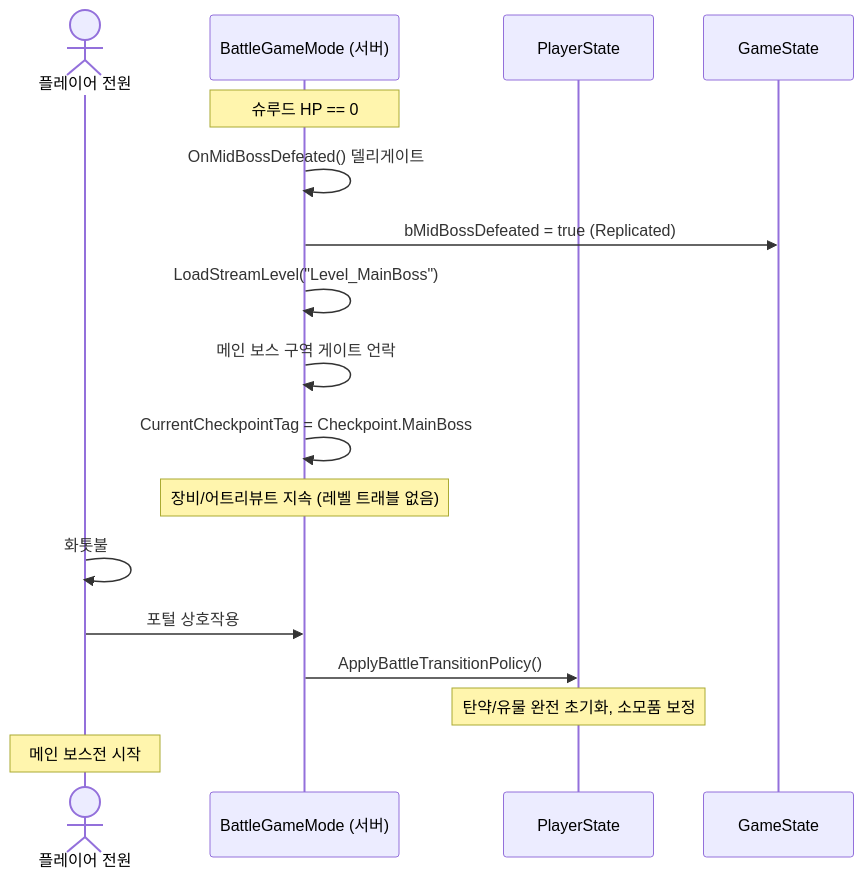
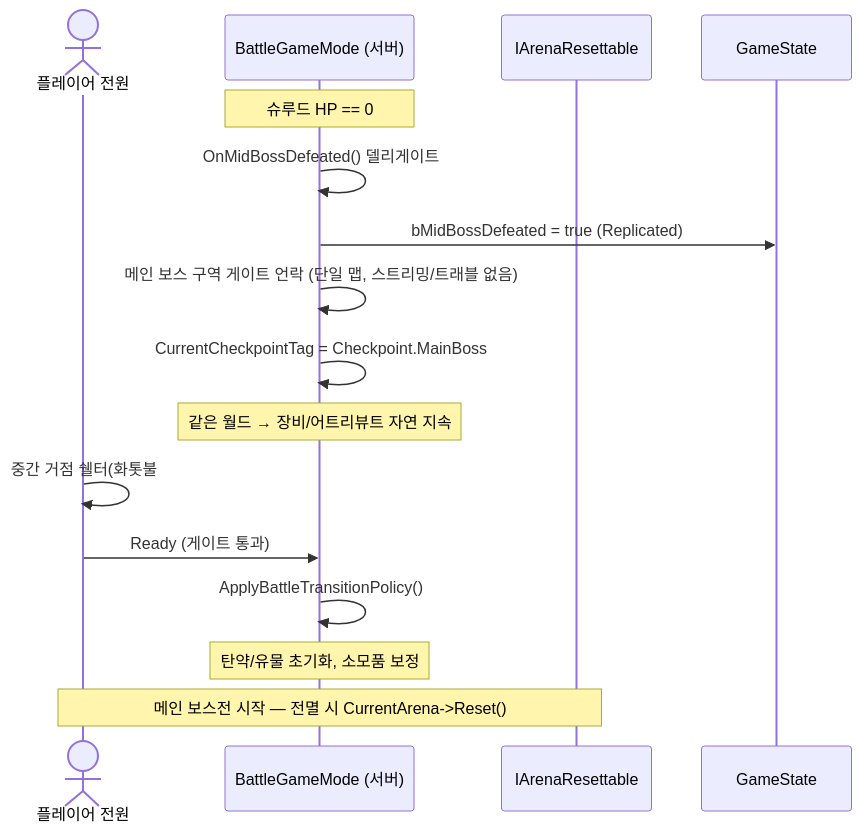
The ninth of 13 diagrams in Docs/Project_Blackout_시퀀스다이어그램.md (seongwon1579/ProjectBlackout), drawn with Mermaid before and after one commit. The commit also changed other lines of this file and 2 other files, not shown here.

First line of the commit message:
Docs: 게임 플로우 단일맵 수렴 — 로비/ServerTravel 제거

````diff
--- a/Docs/Project_Blackout_시퀀스다이어그램.md
+++ b/Docs/Project_Blackout_시퀀스다이어그램.md
@@ -276,26 +277,24 @@
 ```mermaid
 sequenceDiagram
     actor Players as 플레이어 전원
     participant Server as BattleGameMode (서버)
-    participant PS as PlayerState
+    participant Arena as IArenaResettable
     participant GS as GameState
 
     Note over Server: 슈루드 HP == 0
 
     Server->>Server: OnMidBossDefeated() 델리게이트
     Server->>GS: bMidBossDefeated = true (Replicated)
 
-    Server->>Server: LoadStreamLevel("Level_MainBoss")
-    Server->>Server: 메인 보스 구역 게이트 언락
+    Server->>Server: 메인 보스 구역 게이트 언락 (단일 맵, 스트리밍/트래블 없음)
+    Server->>Server: CurrentCheckpointTag = Checkpoint.MainBoss
+    Note over Server: 같은 월드 → 장비/어트리뷰트 자연 지속
 
-    Server->>Server: CurrentCheckpointTag = Checkpoint.MainBoss
-    Note over Server: 장비/어트리뷰트 지속 (레벨 트래블 없음)
+    Players->>Players: 중간 거점 쉘터(화톳불 #2) 휴식·병과 재선택
+    Players->>Server: Ready (게이트 통과)
 
-    Players->>Players: 화톳불 #2로 이동
-    Players->>Server: 포털 상호작용
+    Server->>Server: ApplyBattleTransitionPolicy()
+    Note over Server: 탄약/유물 초기화, 소모품 보정
 
-    Server->>PS: ApplyBattleTransitionPolicy()
-    Note over PS: 탄약/유물 완전 초기화, 소모품 보정
-
-    Note over Players: 메인 보스전 시작
+    Note over Players,Arena: 메인 보스전 시작 — 전멸 시 CurrentArena->Reset()
 ```
````
